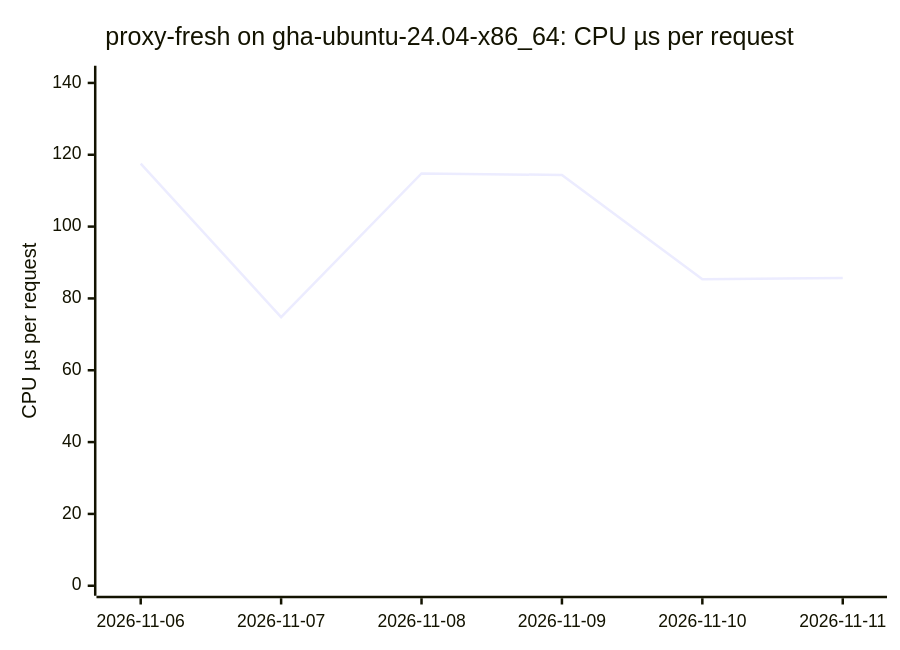
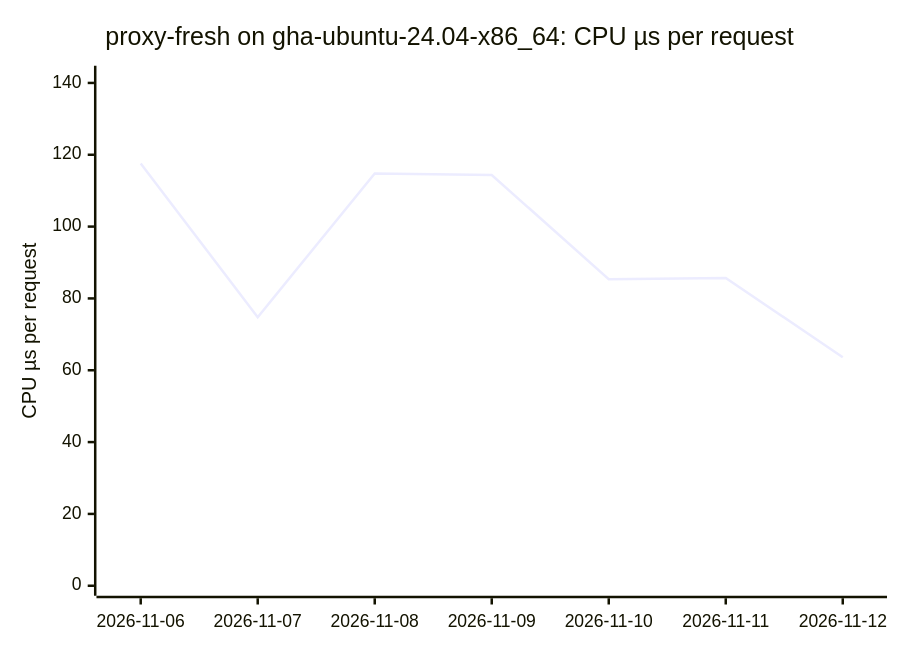
The fifth of 18 diagrams in BENCHMARKS.md (ThePixelPilgrim/durchlauferhitzer), drawn with Mermaid before and after one commit. The commit also changed other lines of this file and 1 other file, not shown here.

````diff
--- a/BENCHMARKS.md
+++ b/BENCHMARKS.md
@@ -66,7 +66,7 @@
 ```mermaid
 xychart-beta
   title "proxy-fresh on gha-ubuntu-24.04-x86_64: CPU µs per request"
-  x-axis ["2026-11-06", "2026-11-07", "2026-11-08", "2026-11-09", "2026-11-10", "2026-11-11"]
+  x-axis ["2026-11-06", "2026-11-07", "2026-11-08", "2026-11-09", "2026-11-10", "2026-11-11", "2026-11-12"]
   y-axis "CPU µs per request" 0 --> 142
-  line [117.55, 74.78, 114.80, 114.37, 85.35, 85.68]
+  line [117.55, 74.78, 114.80, 114.37, 85.35, 85.68, 63.64]
 ```
````
